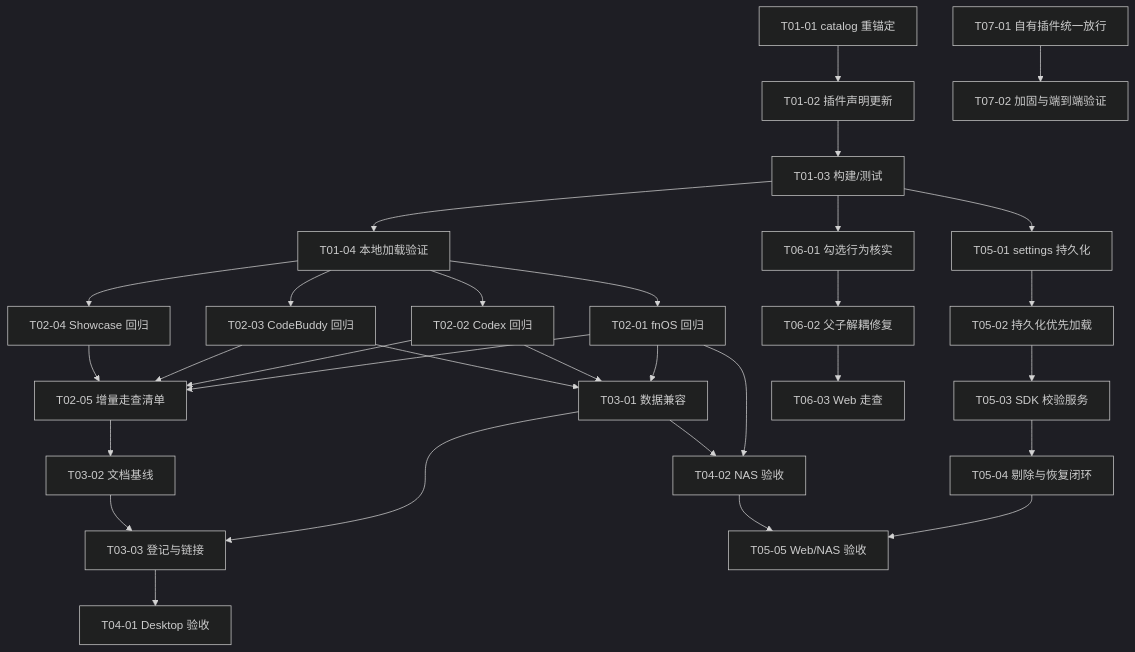
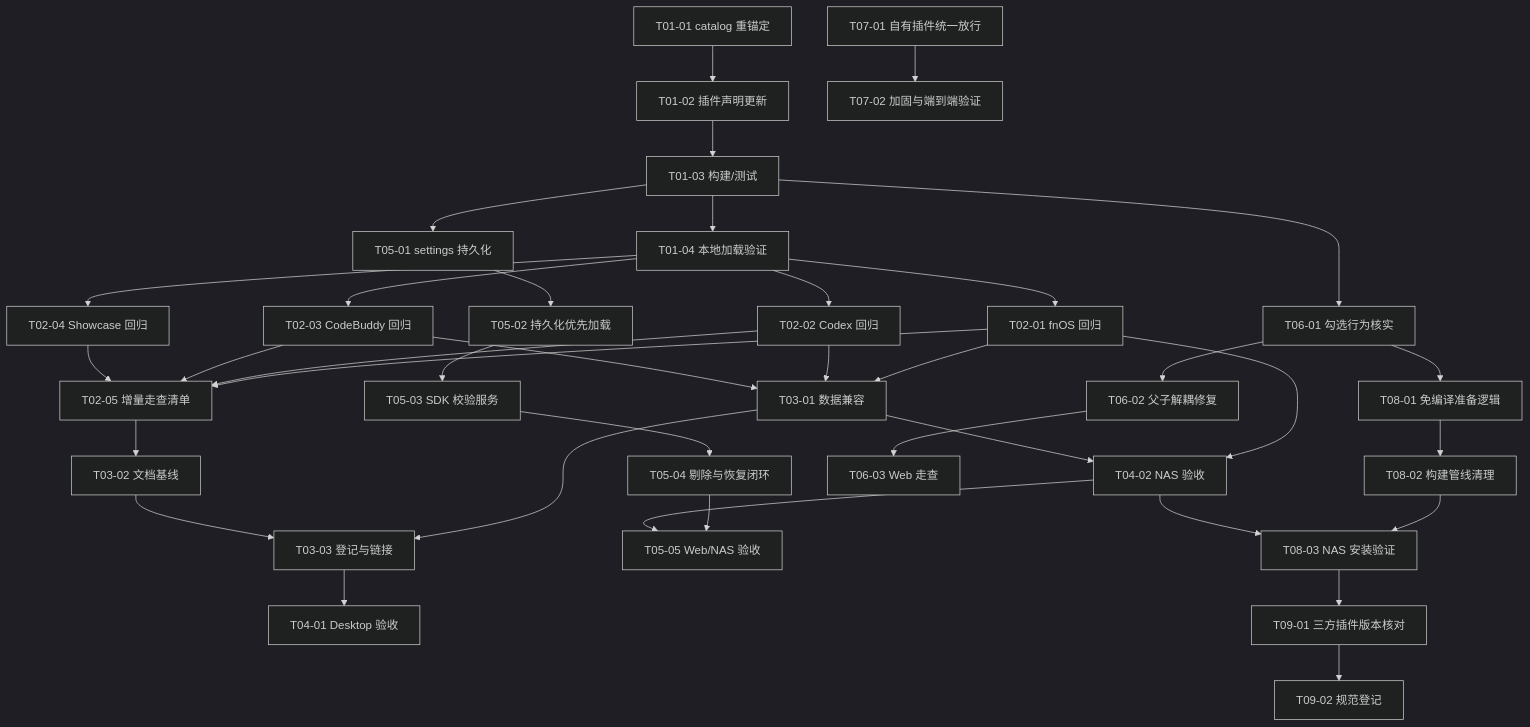
One commit to FNOSP/fnos-dsh changed the fifth of 5 diagrams in docs/plans/PLAN-FNOS-009-dsh-020-rc2-adaptation.md. Above: the diagram before and after it, drawn with Mermaid (dark theme). The commit also changed other lines of this file and 16 other files, not shown here.

````diff
--- a/docs/plans/PLAN-FNOS-009-dsh-020-rc2-adaptation.md
+++ b/docs/plans/PLAN-FNOS-009-dsh-020-rc2-adaptation.md
@@ -276,33 +291,39 @@
 ```mermaid
 flowchart TD
     T01a[T01-01 catalog 重锚定] --> T01b[T01-02 插件声明更新]
     T01b --> T01c[T01-03 构建/测试]
     T01c --> T01d[T01-04 本地加载验证]
     T01d --> T02a[T02-01 fnOS 回归]
     T01d --> T02b[T02-02 Codex 回归]
     T01d --> T02c[T02-03 CodeBuddy 回归]
     T01d --> T02d[T02-04 Showcase 回归]
     T02a --> T02e[T02-05 增量走查清单]
     T02b --> T02e
     T02c --> T02e
     T02d --> T02e
     T02a --> T03a[T03-01 数据兼容]
     T02b --> T03a
     T02c --> T03a
     T02e --> T03b[T03-02 文档基线]
     T03a --> T03c[T03-03 登记与链接]
     T03b --> T03c
     T03c --> T04a[T04-01 Desktop 验收]
     T02a --> T04b[T04-02 NAS 验收]
     T03a --> T04b
     T01c --> T05a[T05-01 settings 持久化]
     T05a --> T05b[T05-02 持久化优先加载]
     T05b --> T05c[T05-03 SDK 校验服务]
     T05c --> T05d[T05-04 剔除与恢复闭环]
     T05d --> T05e[T05-05 Web/NAS 验收]
     T04b --> T05e
     T01c --> T06a[T06-01 勾选行为核实]
     T06a --> T06b[T06-02 父子解耦修复]
     T06b --> T06c[T06-03 Web 走查]
     T07a[T07-01 自有插件统一放行] --> T07b[T07-02 加固与端到端验证]
+    T06a --> T08a[T08-01 免编译准备逻辑]
+    T08a --> T08b[T08-02 构建管线清理]
+    T08b --> T08c[T08-03 NAS 安装验证]
+    T08c --> T09a[T09-01 三方插件版本核对]
+    T09a --> T09b[T09-02 规范登记]
+    T04b --> T08c
 ```
````
